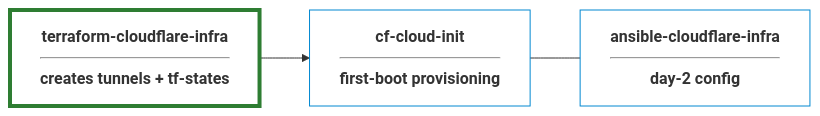
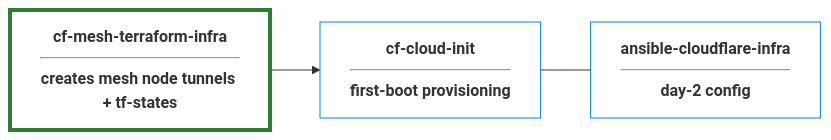
The first of 3 diagrams in README.md (prometejs/cf-mesh-terraform-infra), drawn with Mermaid before and after one commit. The commit also changed other lines of this file and 18 other files, not shown here.

````diff
--- a/README.md
+++ b/README.md
@@ -17,20 +19,20 @@
 ```mermaid
 graph LR
     %% Style definitions
     classDef default fill:transparent,stroke:#333,stroke-width:1px;
     classDef linkNode fill:transparent,stroke:#0288d1,stroke-width:1px,font-weight:bold;
     classDef activeLinkNodeClass fill:transparent,stroke:#2e7d32,stroke-width:4px,font-weight:bold;
 
     %% Diagram nodes
-    T["terraform-cloudflare-infra<br/><hr/>creates tunnels + tf-states"]:::activeLinkNodeClass
+    T["cf-mesh-terraform-infra<br/><hr/>creates mesh node tunnels + tf-states"]:::activeLinkNodeClass
     C["cf-cloud-init<br/><hr/>first-boot provisioning"]:::linkNode
     A["ansible-cloudflare-infra<br/><hr/>day-2 config"]:::linkNode
 
     %% Flow connections with text notes
     T --> C
     C --- A
 
     %% Clickable hyperlinks (Fixed with 'href')
     click C href "https://github.com/prometejs/cf-cloud-init" "Open Cloud-Init Repo"
     click A href "https://github.com/prometejs/core-infra" "Open Ansible Repo"
 ```
````
